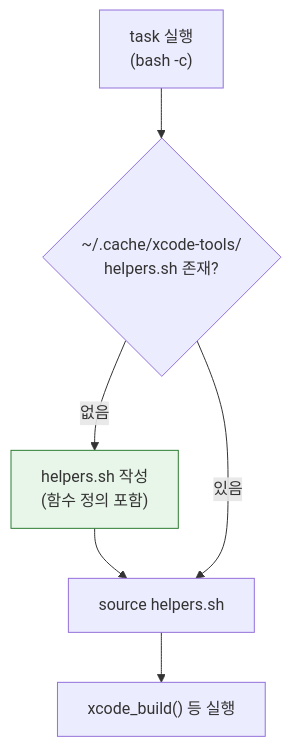
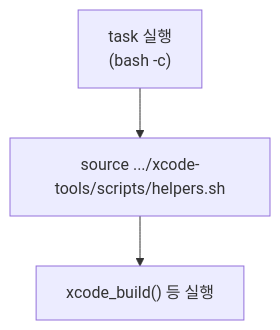
The ninth of 11 diagrams in docs/architecture.md (10000DOO/Alternative-Xcode), drawn with Mermaid before and after one commit. The commit also changed other lines of this file and 2 other files, not shown here.

First line of the commit message:
fix: correct DAP types, use worktree.which(), bundle helpers.sh

````diff
--- a/docs/architecture.md
+++ b/docs/architecture.md
@@ -249,12 +422,5 @@
 ```mermaid
 flowchart TD
-    TaskRun["task 실행<br/>(bash -c)"] --> Check{"~/.cache/xcode-tools/<br/>helpers.sh 존재?"}
-
-    Check -->|없음| Write["helpers.sh 작성<br/>(함수 정의 포함)"]
-    Write --> Source["source helpers.sh"]
-
-    Check -->|있음| Source
+    TaskRun["task 실행<br/>(bash -c)"] --> Source["source .../xcode-tools/scripts/helpers.sh"]
     Source --> Exec["xcode_build() 등 실행"]
-
-    style Write fill:#e8f5e9,stroke:#2e7d32
 ```
````
